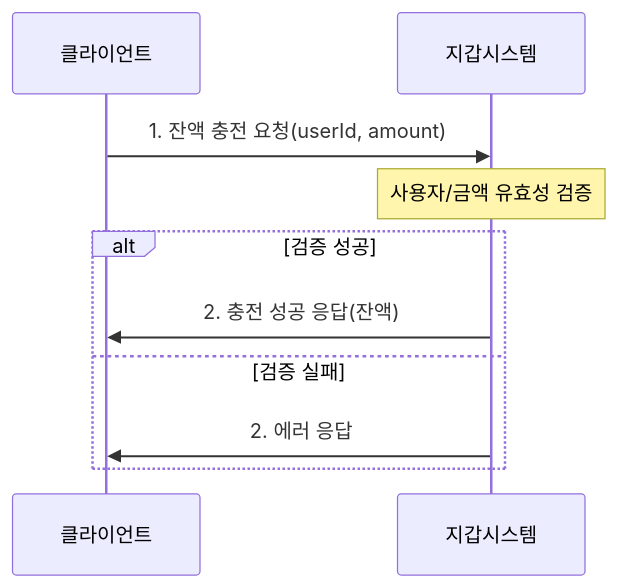
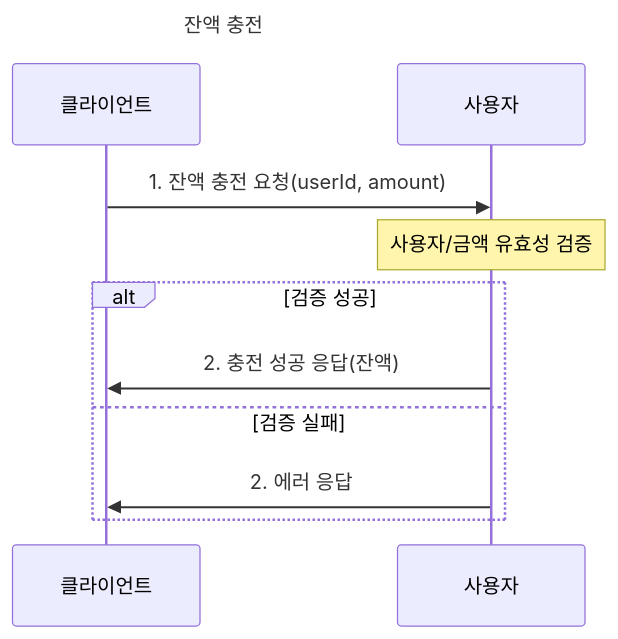
One commit to ynyejn/lecture-manage-system changed the first of 11 diagrams in test.md. Above: the diagram before and after it, drawn with Mermaid. The commit also changed other lines of this file, not shown here.

````diff
--- a/test.md
+++ b/test.md
@@ -1,14 +4,15 @@
 ```mermaid
 sequenceDiagram
+    title: 잔액 충전
     participant Client as 클라이언트
-    participant WalletSystem as 지갑시스템
-    
-    Client->>WalletSystem: 1. 잔액 충전 요청(userId, amount)
-    Note over WalletSystem: 사용자/금액 유효성 검증
+    participant UserSystem as 사용자
+
+    Client->>UserSystem: 1. 잔액 충전 요청(userId, amount)
+    Note over UserSystem: 사용자/금액 유효성 검증
     
     alt 검증 성공
-        WalletSystem->>Client: 2. 충전 성공 응답(잔액)
+        UserSystem->>Client: 2. 충전 성공 응답(잔액)
     else 검증 실패
-        WalletSystem->>Client: 2. 에러 응답
+        UserSystem->>Client: 2. 에러 응답
     end
 ```
````
